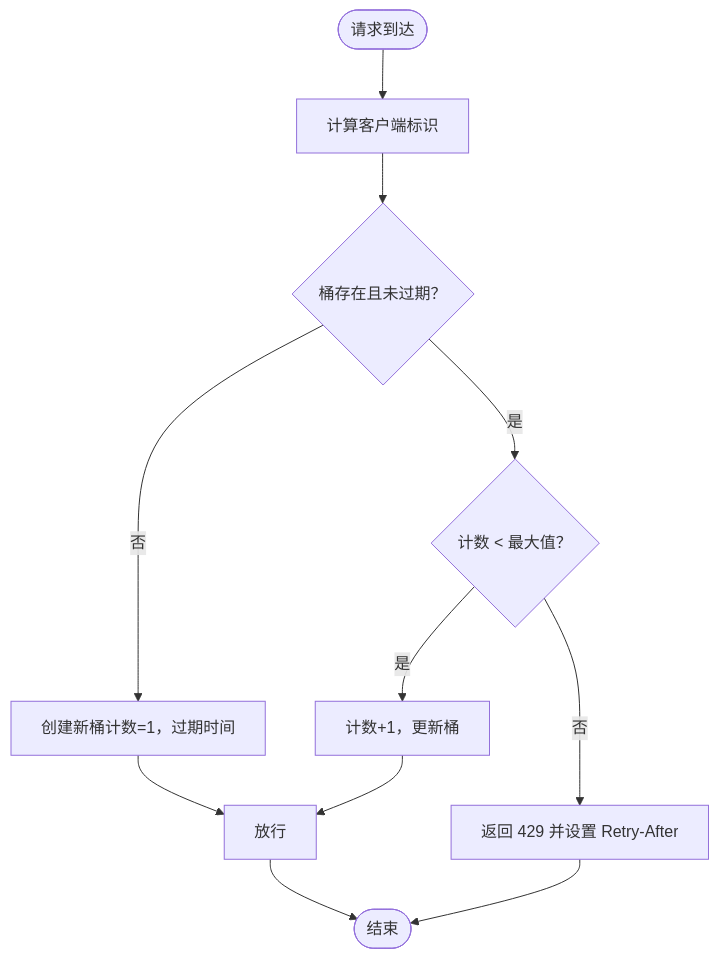
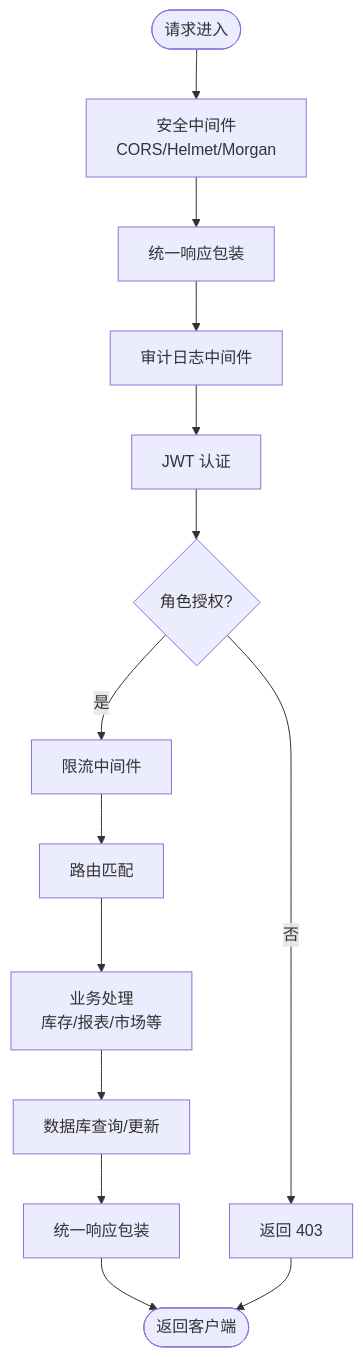
One commit to Juny09/inventory_system changed the fourth of 7 diagrams in .qoder/repowiki/zh/content/系统架构/系统架构.md. Above: the diagram before and after it, drawn with Mermaid. The commit also changed other lines of this file and 171 other files, not shown here.

````diff
--- a/.qoder/repowiki/zh/content/系统架构/系统架构.md
+++ b/.qoder/repowiki/zh/content/系统架构/系统架构.md
@@ -204,13 +219,16 @@
 ```mermaid
 flowchart TD
-Start(["请求到达"]) --> GetKey["计算客户端标识"]
-GetKey --> Bucket{"桶存在且未过期？"}
-Bucket --> |否| NewBucket["创建新桶计数=1，过期时间"]
-Bucket --> |是| CheckMax{"计数 < 最大值？"}
-NewBucket --> Next["放行"]
-CheckMax --> |是| Inc["计数+1，更新桶"]
-CheckMax --> |否| Reject["返回 429 并设置 Retry-After"]
-Inc --> Next
-Next --> End(["结束"])
-Reject --> End
+Start(["请求进入"]) --> Security["安全中间件<br/>CORS/Helmet/Morgan"]
+Security --> RespWrap["统一响应包装"]
+RespWrap --> Audit["审计日志中间件"]
+Audit --> Auth["JWT 认证"]
+Auth --> Roles{"角色授权?"}
+Roles --> |否| Deny["返回 403"]
+Roles --> |是| Rate["限流中间件"]
+Rate --> Routes["路由匹配"]
+Routes --> Handler["业务处理<br/>库存/报表/市场等"]
+Handler --> DB["数据库查询/更新"]
+DB --> Resp["统一响应包装"]
+Resp --> End(["返回客户端"])
+Deny --> End
 ```
````
